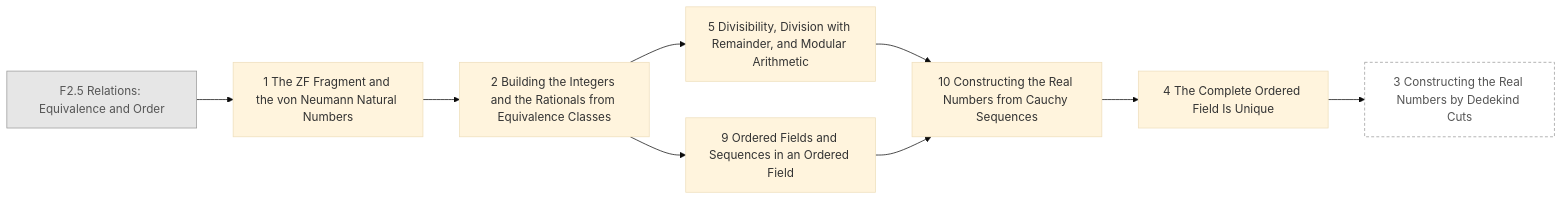
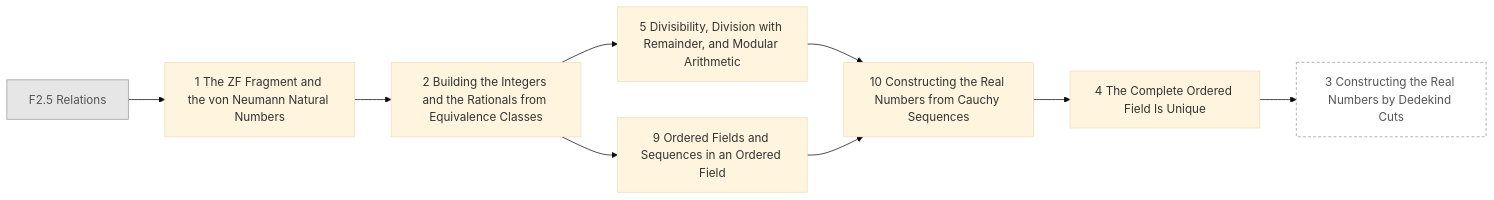
One commit to AkizumiFox/math-atlas changed the diagram in generated/chapters/F3.mmd. Above: the diagram before and after it, drawn with Mermaid (base theme). The commit also changed 17 other files, not shown here.

```diff
--- a/generated/chapters/F3.mmd
+++ b/generated/chapters/F3.mmd
@@ -1,20 +1,20 @@
 flowchart LR
-  F2_5["F2.5 Relations: Equivalence and Order"]:::ext
+  F2_5["F2.5 Relations"]:::ext
   F3_1["1 The ZF Fragment and the von Neumann Natural Numbers"]
   F3_2["2 Building the Integers and the Rationals from Equivalence Classes"]
   F3_5["5 Divisibility, Division with Remainder, and Modular Arithmetic"]
   F3_9["9 Ordered Fields and Sequences in an Ordered Field"]
   F3_10["10 Constructing the Real Numbers from Cauchy Sequences"]
   F3_4["4 The Complete Ordered Field Is Unique"]
   F3_3["3 Constructing the Real Numbers by Dedekind Cuts"]:::opt
   F2_5 --> F3_1
   F3_1 --> F3_2
   F3_2 --> F3_5
   F3_2 --> F3_9
   F3_5 --> F3_10
   F3_9 --> F3_10
   F3_10 --> F3_4
   F3_4 --> F3_3
   classDef ext fill:#e6e6e6,stroke:#999,color:#555
   classDef opt fill:#fff,stroke:#999,stroke-dasharray:4 3,color:#555
   classDef segb fill:#f6f6fb,stroke:#99a,color:#333
```
